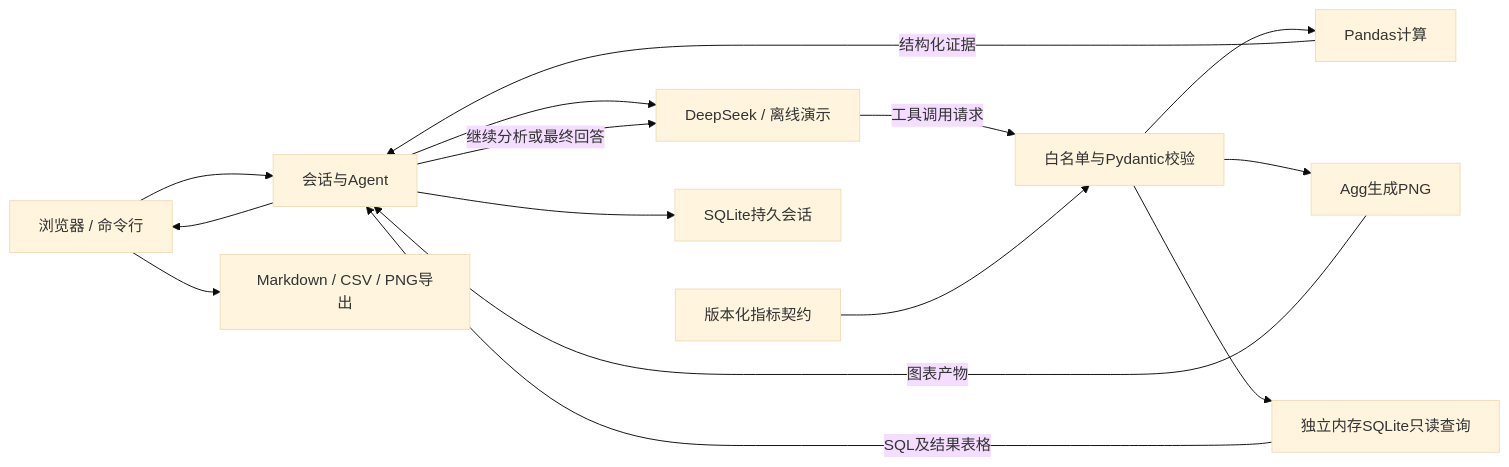
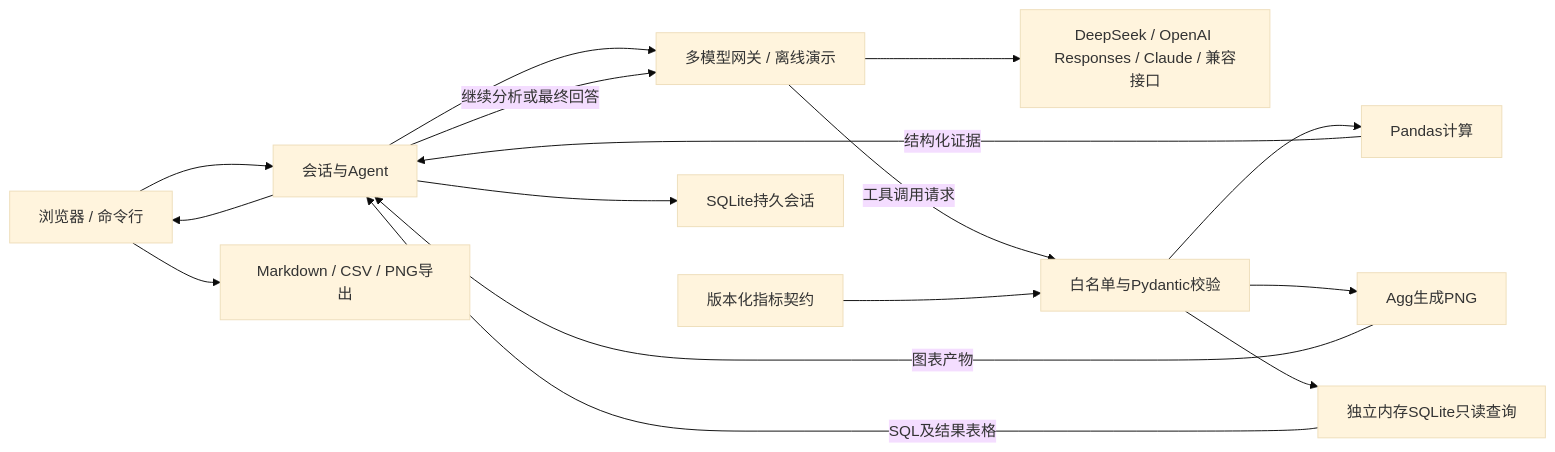
The diagram in docs/architecture.md (lihuipenf/DataPilot), drawn with Mermaid (base theme) before and after one commit. The commit also changed other lines of this file and 1 other file, not shown here.

Commit message:
docs: explain multi-provider architecture and learning steps

````diff
--- a/docs/architecture.md
+++ b/docs/architecture.md
@@ -3,17 +3,18 @@
 ```mermaid
 flowchart LR
     UI[浏览器 / 命令行] --> Session[会话与Agent]
-    Session --> Model[DeepSeek / 离线演示]
+    Session --> Model[多模型网关 / 离线演示]
+    Model --> Providers[DeepSeek / OpenAI Responses / Claude / 兼容接口]
     Model -->|工具调用请求| Registry[白名单与Pydantic校验]
     Registry --> Data[Pandas计算]
     Registry --> Chart[Agg生成PNG]
     Registry --> SQL[独立内存SQLite只读查询]
     Metrics[版本化指标契约] --> Registry
     Data -->|结构化证据| Session
     Chart -->|图表产物| Session
     SQL -->|SQL及结果表格| Session
     Session --> Store[SQLite持久会话]
     Session -->|继续分析或最终回答| Model
     Session --> UI
     UI --> Export[Markdown / CSV / PNG导出]
 ```
````
